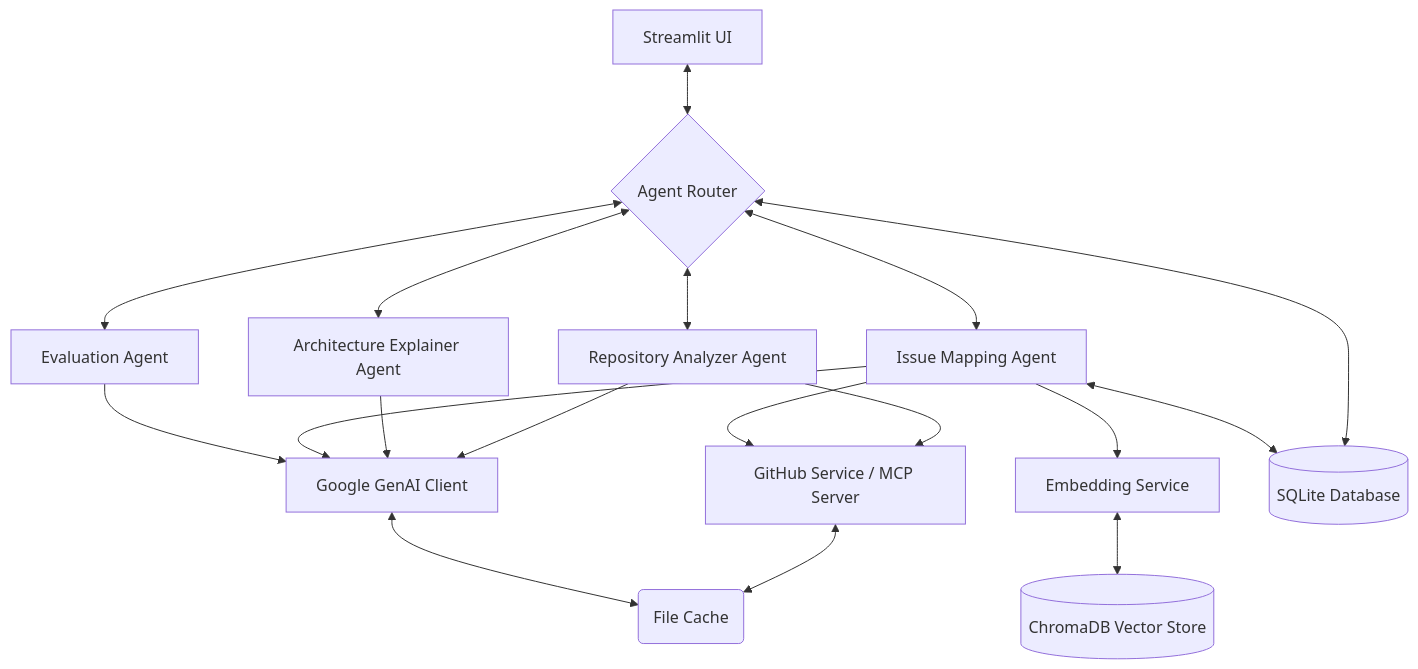
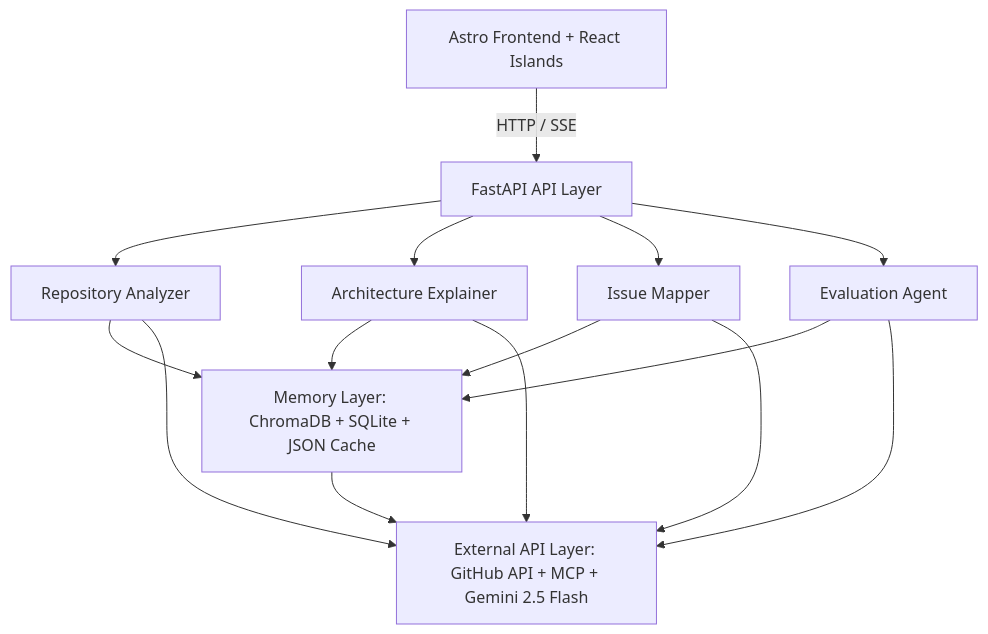
One commit to VarshithReddy2006/Repo-Intelligence-Agent changed the diagram in docs/architecture.md. Above: the diagram before and after it, drawn with Mermaid. The commit also changed other lines of this file and 36 other files, not shown here.

Commit message:
chore: remove deprecated streamlit frontend

````diff
--- a/docs/architecture.md
+++ b/docs/architecture.md
@@ -9,20 +9,17 @@
 ```mermaid
 graph TD
-    UI[Streamlit UI] <--> Router{Agent Router}
+    %% Frontend
+    Astro[Astro Frontend + React Islands] -->|HTTP / SSE| FastAPI[FastAPI API Layer]
     
-    %% Agents
-    Router <--> Analyzer[Repository Analyzer Agent]
-    Router <--> Explainer[Architecture Explainer Agent]
-    Router <--> Mapper[Issue Mapping Agent]
-    Router <--> Evaluator[Evaluation Agent]
-    
-    %% Services
-    Analyzer & Explainer & Mapper & Evaluator --> GeminiSDK[Google GenAI Client]
-    Analyzer & Mapper --> GitHub[GitHub Service / MCP Server]
-    Mapper --> Embed[Embedding Service]
+    %% Agent Layer
+    FastAPI --> Analyzer[Repository Analyzer]
+    FastAPI --> Explainer[Architecture Explainer]
+    FastAPI --> Mapper[Issue Mapper]
+    FastAPI --> Evaluator[Evaluation Agent]
     
     %% Memory Layer
-    Embed <--> Chroma[(ChromaDB Vector Store)]
-    Router & Mapper <--> SQLite[(SQLite Database)]
-    GitHub & GeminiSDK <--> Cache(File Cache)
+    Analyzer & Explainer & Mapper & Evaluator --> Memory[Memory Layer: ChromaDB + SQLite + JSON Cache]
+    
+    %% External Integrations
+    Memory & Analyzer & Explainer & Mapper & Evaluator --> Ext[External API Layer: GitHub API + MCP + Gemini 2.5 Flash]
 ```
````
